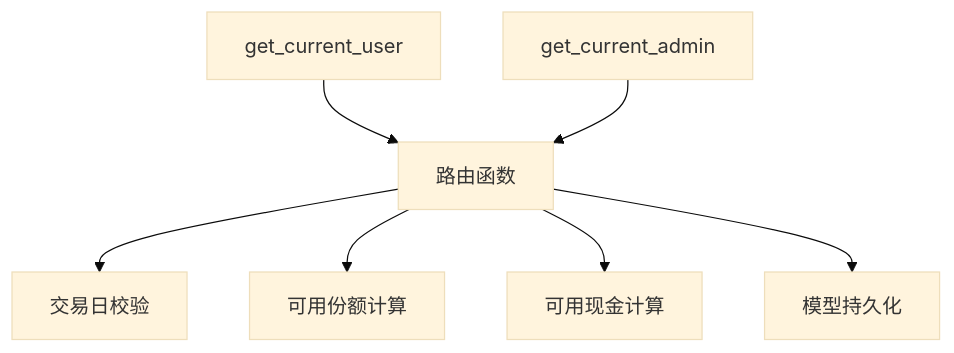
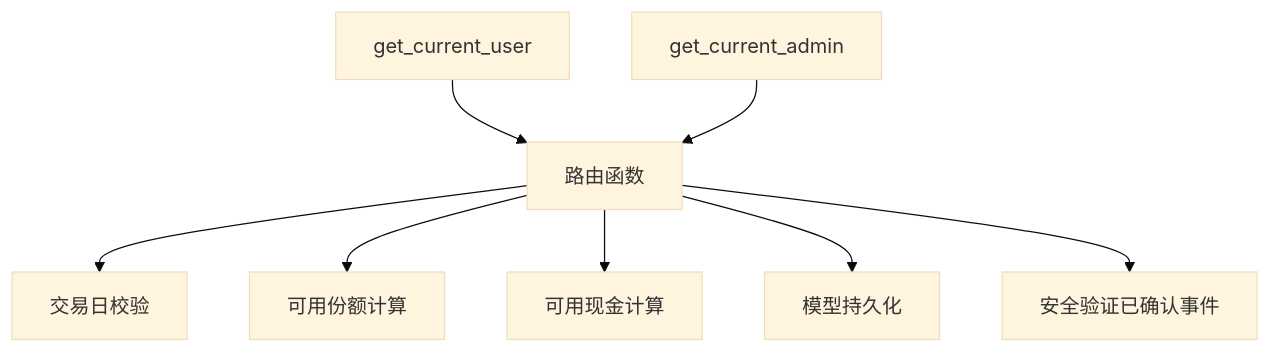
One commit to gujialind/InvestRing changed the sixth of 6 diagrams in .qoder/repowiki/zh/content/后端API文档/申购赎回API.md. Above: the diagram before and after it, drawn with Mermaid (base theme). The commit also changed other lines of this file and 97 other files, not shown here.

````diff
--- a/.qoder/repowiki/zh/content/后端API文档/申购赎回API.md
+++ b/.qoder/repowiki/zh/content/后端API文档/申购赎回API.md
@@ -276,9 +334,10 @@
 ```mermaid
 graph TB
 U["get_current_user"] --> R["路由函数"]
 A["get_current_admin"] --> R
 R --> T["交易日校验"]
 R --> C1["可用份额计算"]
 R --> C2["可用现金计算"]
 R --> M["模型持久化"]
+R --> S["安全验证已确认事件"]
 ```
````
